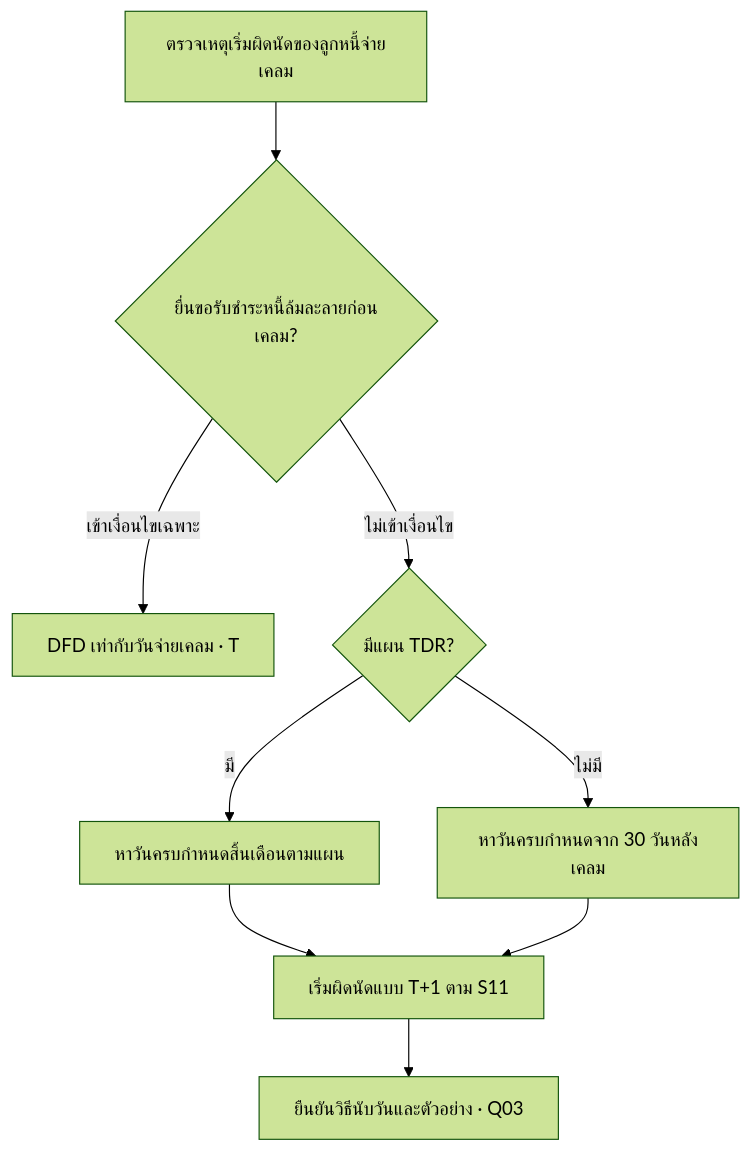
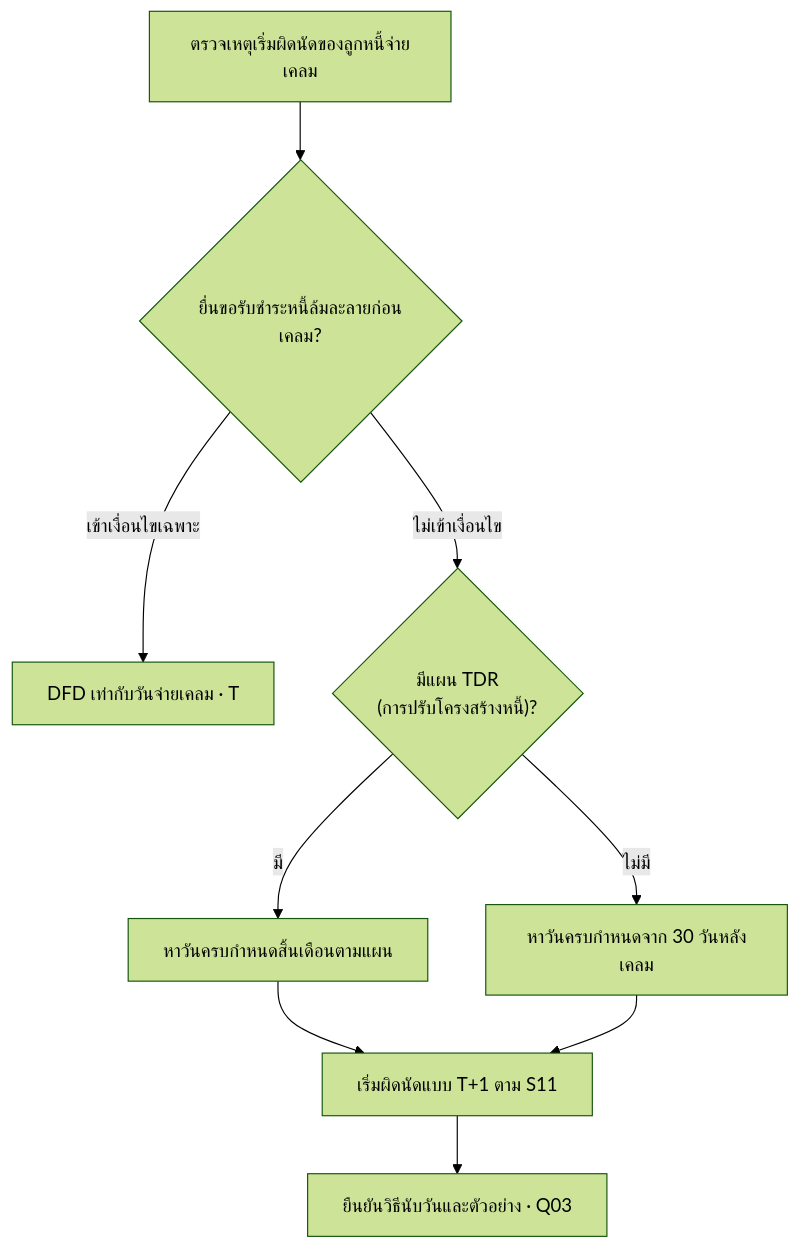
Before and after one commit to yukasung/eodncb: the second of 4 diagrams in app/business-rules/page.mdx, drawn with Mermaid (forest theme). The commit also changed other lines of this file and 14 other files, not shown here.

````diff
--- a/app/business-rules/page.mdx
+++ b/app/business-rules/page.mdx
@@ -42,12 +42,12 @@
 ```mermaid
 %%{init: {"flowchart": {"useMaxWidth": false}}}%%
 flowchart TD
     A[ตรวจเหตุเริ่มผิดนัดของลูกหนี้จ่ายเคลม] --> B{ยื่นขอรับชำระหนี้ล้มละลายก่อนเคลม?}
     B -->|เข้าเงื่อนไขเฉพาะ| C[DFD เท่ากับวันจ่ายเคลม · T]
-    B -->|ไม่เข้าเงื่อนไข| D{มีแผน TDR?}
+    B -->|ไม่เข้าเงื่อนไข| D{"มีแผน TDR<br/>(การปรับโครงสร้างหนี้)?"}
     D -->|มี| E[หาวันครบกำหนดสิ้นเดือนตามแผน]
     D -->|ไม่มี| F[หาวันครบกำหนดจาก 30 วันหลังเคลม]
     E --> G[เริ่มผิดนัดแบบ T+1 ตาม S11]
     F --> G
     G --> H[ยืนยันวิธีนับวันและตัวอย่าง · Q03]
 ```
````
